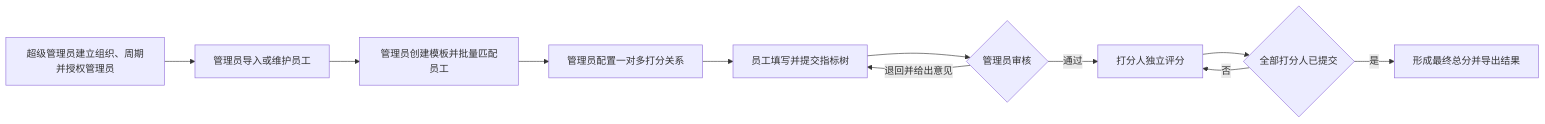
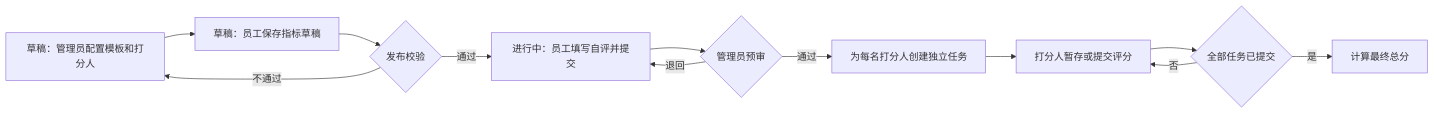
One commit to weiranxu-unimelb/rubric-assessment changed the diagram in BUSINESS-REQUIREMENTS.md. Above: the diagram before and after it, drawn with Mermaid. The commit also changed other lines of this file and 4 other files, not shown here.

````diff
--- a/BUSINESS-REQUIREMENTS.md
+++ b/BUSINESS-REQUIREMENTS.md
@@ -155,13 +80,14 @@
 ```mermaid
 flowchart LR
-  A[超级管理员建立组织、周期并授权管理员] --> B[管理员导入或维护员工]
-  B --> C[管理员创建模板并批量匹配员工]
-  C --> D[管理员配置一对多打分关系]
-  D --> E[员工填写并提交指标树]
-  E --> F{管理员审核}
-  F -->|退回并给出意见| E
-  F -->|通过| G[打分人独立评分]
-  G --> H{全部打分人已提交}
+  A[草稿：管理员配置模板和打分人] --> B[草稿：员工保存指标草稿]
+  B --> C{发布校验}
+  C -->|不通过| A
+  C -->|通过| D[进行中：员工填写自评并提交]
+  D --> E{管理员预审}
+  E -->|退回| D
+  E -->|通过| F[为每名打分人创建独立任务]
+  F --> G[打分人暂存或提交评分]
+  G --> H{全部任务已提交}
   H -->|否| G
-  H -->|是| I[形成最终总分并导出结果]
+  H -->|是| I[计算最终总分]
 ```
````
